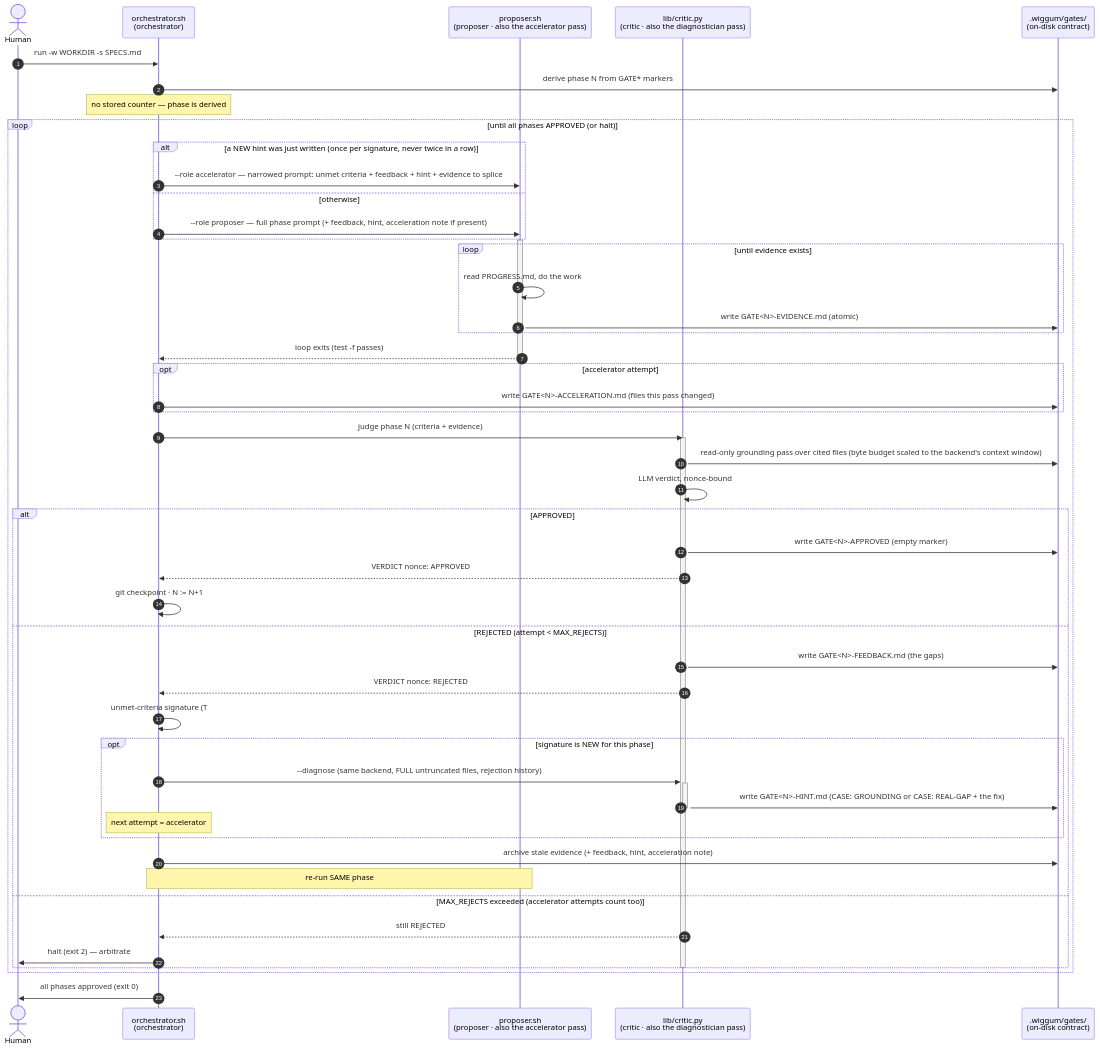
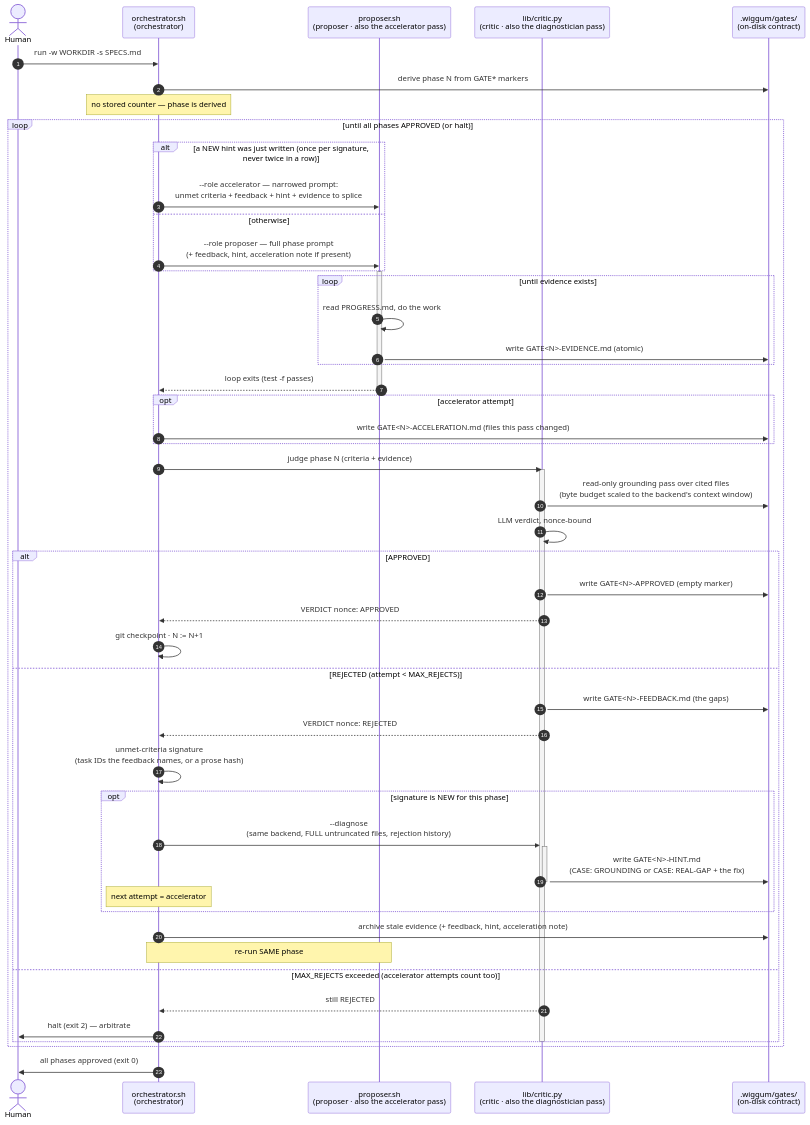
The diagram in README.md (mairp/specstride), drawn with Mermaid before and after one commit. The commit also changed 1 other file, not shown here.

Commit message:
docs: fix the sequence diagram — '#' truncated a message; wrap long labels
Mermaid's sequence-diagram lexer ends message text at '#', so "unmet-criteria
signature (T### IDs ...)" rendered as "unmet-criteria signature (T" with the
rest silently dropped (verified by rendering with mermaid-cli 11.17 under
headless Chrome). Say "task IDs" instead. The six longest labels get a <br/>
so the diagram is not scaled down to unreadable text on GitHub. README and
wiki/Architecture carry the same, byte-identical diagram.

````diff
--- a/README.md
+++ b/README.md
@@ -209,60 +209,60 @@
 ```mermaid
 sequenceDiagram
     autonumber
     actor Human
     participant O as orchestrator.sh<br/>(orchestrator)
     participant P as proposer.sh<br/>(proposer · also the accelerator pass)
     participant C as lib/critic.py<br/>(critic · also the diagnostician pass)
     participant FS as .wiggum/gates/<br/>(on-disk contract)
 
     Human->>O: run -w WORKDIR -s SPECS.md
     O->>FS: derive phase N from GATE* markers
     Note over O: no stored counter — phase is derived
 
     loop until all phases APPROVED (or halt)
         alt a NEW hint was just written (once per signature, never twice in a row)
-            O->>P: --role accelerator — narrowed prompt: unmet criteria + feedback + hint + evidence to splice
+            O->>P: --role accelerator — narrowed prompt:<br/>unmet criteria + feedback + hint + evidence to splice
         else otherwise
-            O->>P: --role proposer — full phase prompt (+ feedback, hint, acceleration note if present)
+            O->>P: --role proposer — full phase prompt<br/>(+ feedback, hint, acceleration note if present)
         end
         activate P
         loop until evidence exists
             P->>P: read PROGRESS.md, do the work
             P->>FS: write GATE<N>-EVIDENCE.md (atomic)
         end
         P-->>O: loop exits (test -f passes)
         deactivate P
         opt accelerator attempt
             O->>FS: write GATE<N>-ACCELERATION.md (files this pass changed)
         end
 
         O->>C: judge phase N (criteria + evidence)
         activate C
-        C->>FS: read-only grounding pass over cited files (byte budget scaled to the backend's context window)
+        C->>FS: read-only grounding pass over cited files<br/>(byte budget scaled to the backend's context window)
         C->>C: LLM verdict, nonce-bound
         alt APPROVED
             C->>FS: write GATE<N>-APPROVED (empty marker)
             C-->>O: VERDICT nonce: APPROVED
             O->>O: git checkpoint · N := N+1
         else REJECTED (attempt < MAX_REJECTS)
             C->>FS: write GATE<N>-FEEDBACK.md (the gaps)
             C-->>O: VERDICT nonce: REJECTED
-            O->>O: unmet-criteria signature (T### IDs the feedback names, or a prose hash)
+            O->>O: unmet-criteria signature<br/>(task IDs the feedback names, or a prose hash)
             opt signature is NEW for this phase
-                O->>C: --diagnose (same backend, FULL untruncated files, rejection history)
+                O->>C: --diagnose<br/>(same backend, FULL untruncated files, rejection history)
                 activate C
-                C->>FS: write GATE<N>-HINT.md (CASE: GROUNDING or CASE: REAL-GAP + the fix)
+                C->>FS: write GATE<N>-HINT.md<br/>(CASE: GROUNDING or CASE: REAL-GAP + the fix)
                 deactivate C
                 Note over O: next attempt = accelerator
             end
             O->>FS: archive stale evidence (+ feedback, hint, acceleration note)
             Note over O,P: re-run SAME phase
         else MAX_REJECTS exceeded (accelerator attempts count too)
             C-->>O: still REJECTED
             O->>Human: halt (exit 2) — arbitrate
         end
         deactivate C
     end
 
     O->>Human: all phases approved (exit 0)
 ```
````
